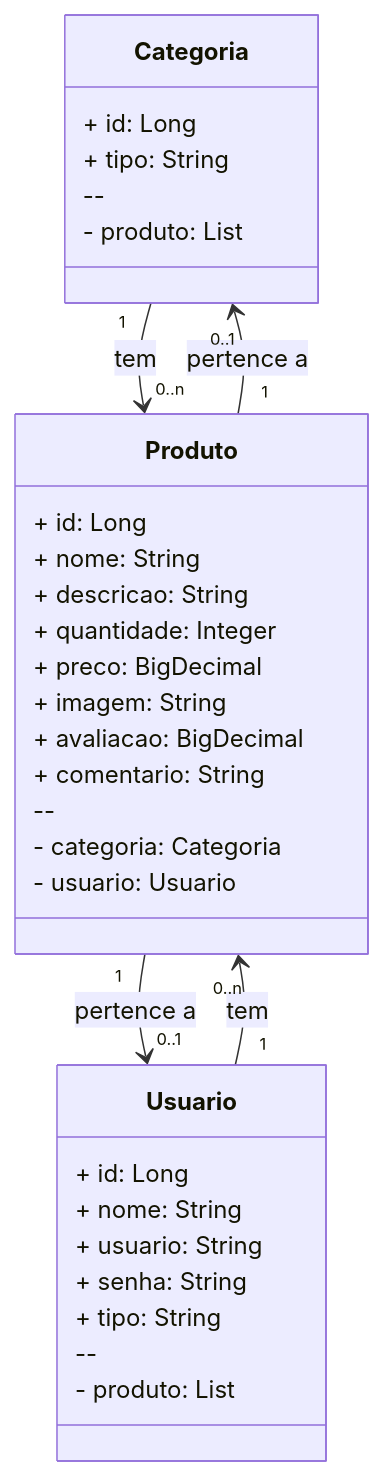
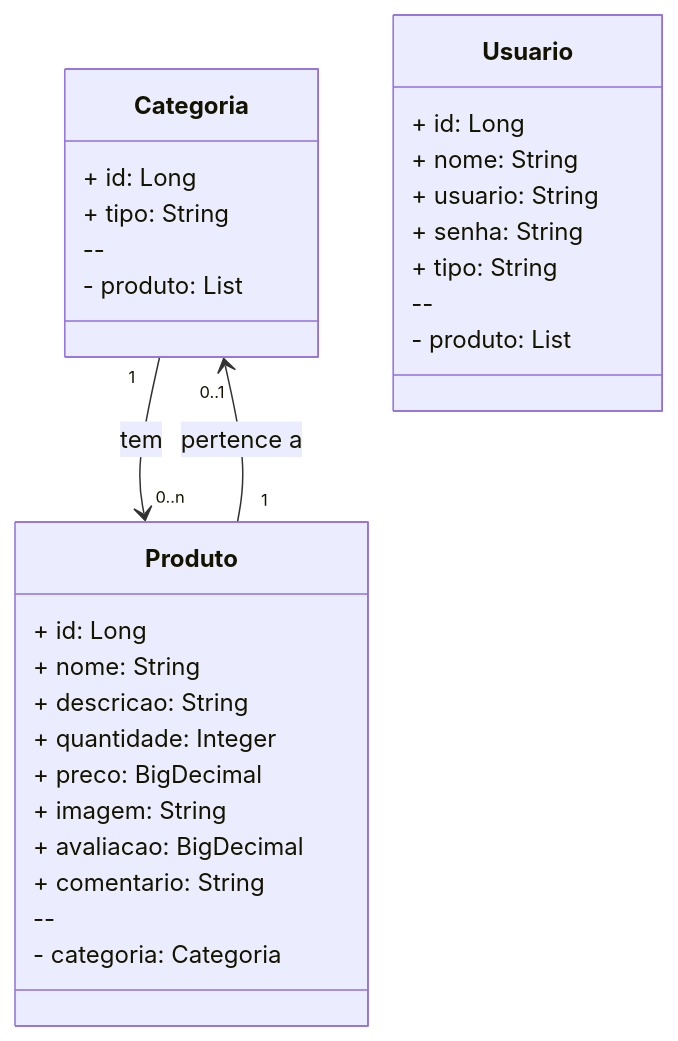
The diagram in README.md (Generation-Grupo-1/projeto-integrador), drawn with Mermaid before and after one commit. The commit also changed other lines of this file and 2 other files, not shown here.

Commit message:
Remover atributo relacionamento entre usuario e produto

````diff
--- a/README.md
+++ b/README.md
@@ -3,38 +4,35 @@
 ```mermaid
 classDiagram
   class Categoria {
     + id: Long
     + tipo: String
     --
     - produto: List<Produto>
   }
 
   class Produto {
     + id: Long
     + nome: String
     + descricao: String
     + quantidade: Integer
     + preco: BigDecimal
     + imagem: String
     + avaliacao: BigDecimal
     + comentario: String
     --
     - categoria: Categoria
-    - usuario: Usuario
   }
 
   class Usuario {
     + id: Long
     + nome: String
     + usuario: String
     + senha: String
     + tipo: String
     --
     - produto: List<Produto>
   }
 
   Categoria "1" --> "0..n" Produto : tem
   Produto "1" --> "0..1" Categoria : pertence a
-  Produto "1" --> "0..1" Usuario : pertence a
-  Usuario "1" --> "0..n" Produto : tem
 ```
````
